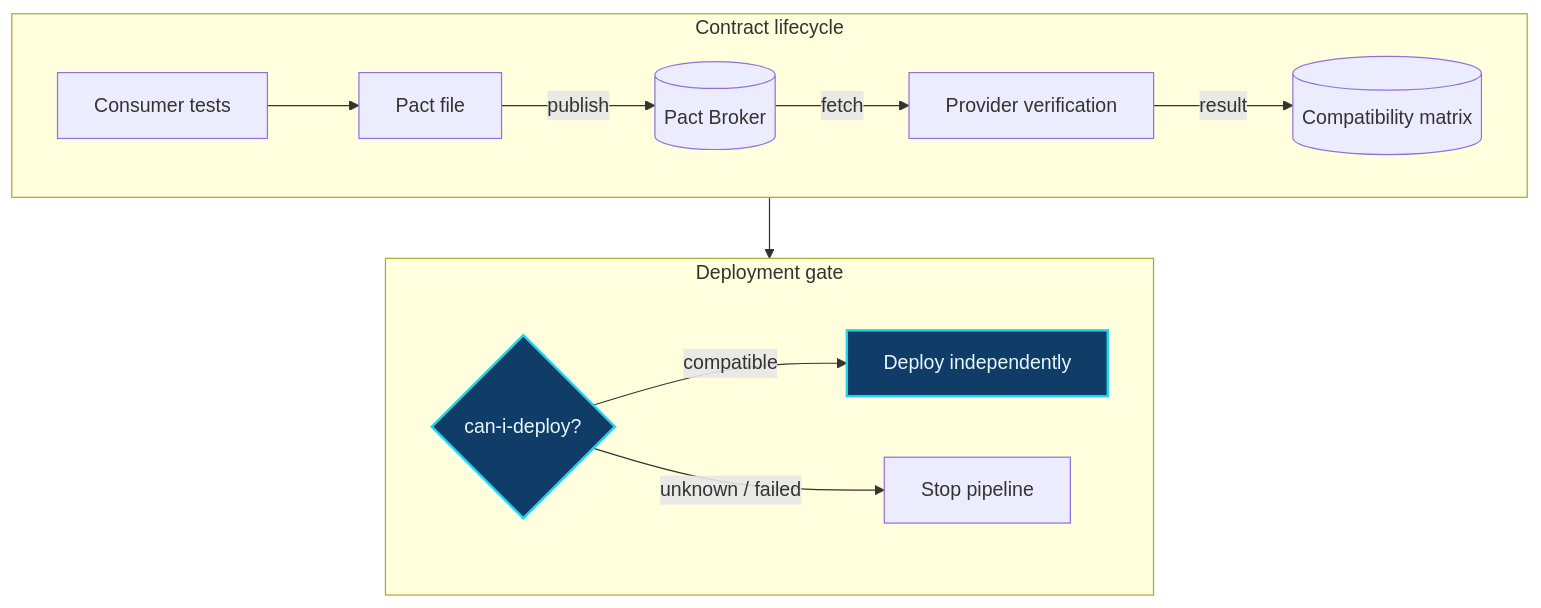
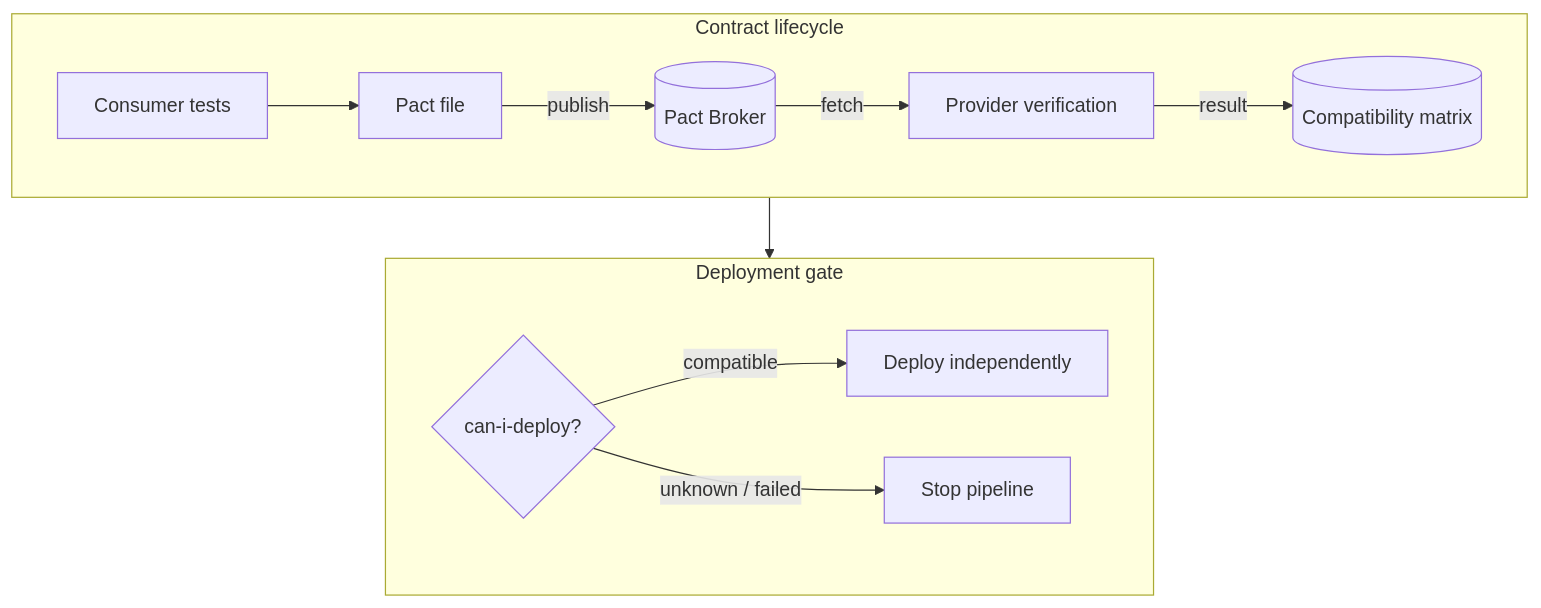
The fourth of 4 diagrams in docs/slides/slides.md (se-bros/Software_Testing_api_contract_testing), drawn with Mermaid before and after one commit. The commit also changed other lines of this file and 7 other files, not shown here.

````diff
--- a/docs/slides/slides.md
+++ b/docs/slides/slides.md
@@ -389,20 +1051,17 @@
 ```mermaid {scale: 0.62}
 flowchart TB
   subgraph Lifecycle["Contract lifecycle"]
     direction LR
     CT[Consumer tests] --> PF[Pact file]
     PF -->|publish| PB[(Pact Broker)]
     PB -->|fetch| PV[Provider verification]
     PV -->|result| MX[(Compatibility matrix)]
   end
 
   subgraph Delivery["Deployment gate"]
     direction LR
     MX --> CID{can-i-deploy?}
     CID -->|compatible| DEP[Deploy independently]
     CID -->|unknown / failed| STOP[Stop pipeline]
   end
-
-  classDef gate fill:#0f3d67,stroke:#22d3ee,color:#e8f7ff,stroke-width:2px
-  class CID,DEP gate
 ```
````
